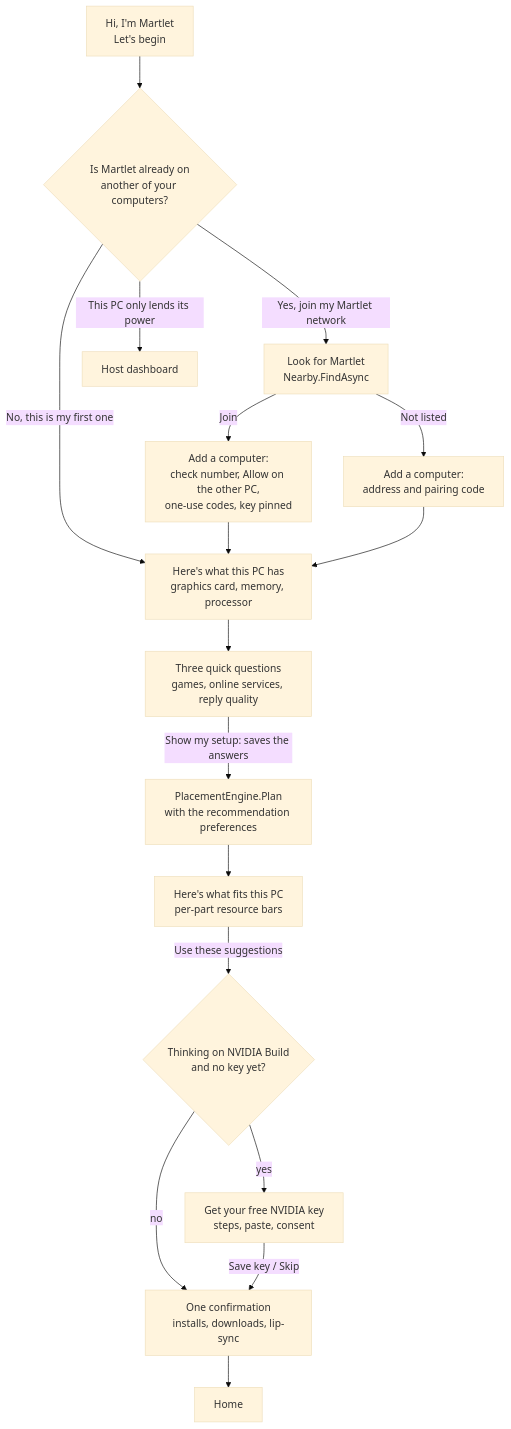
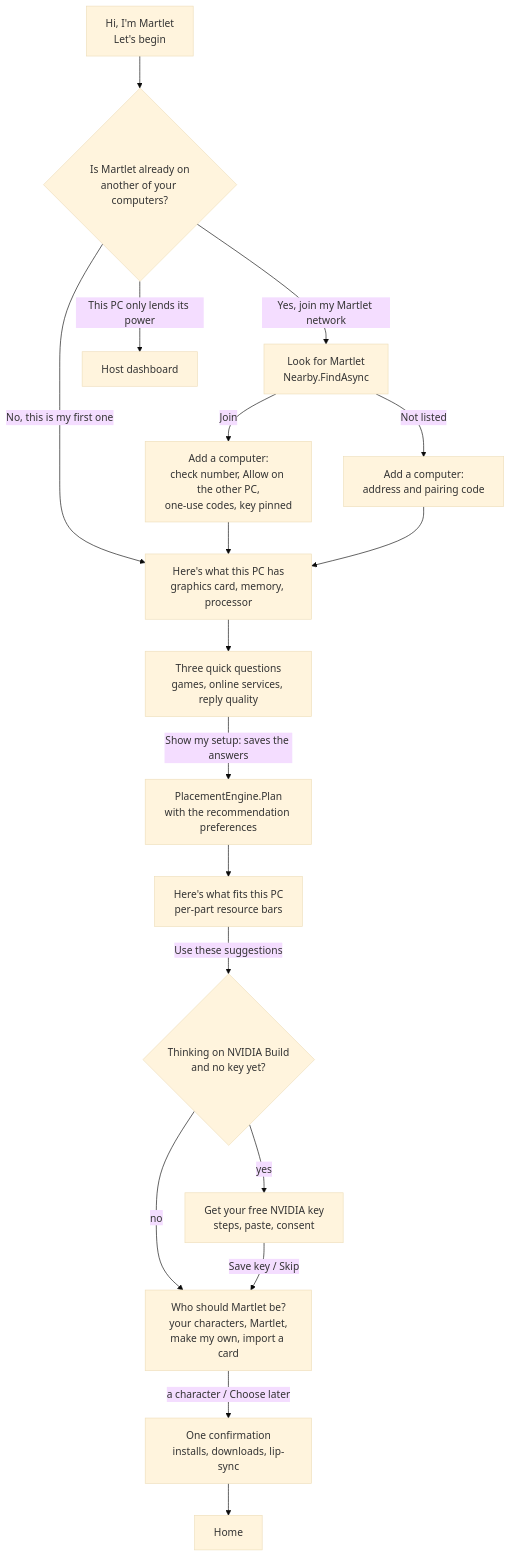
Before and after one commit to throndir2/Martlet: the second of 2 diagrams in docs/WELCOME_WIZARD.md, drawn with Mermaid (base theme). The commit also changed other lines of this file and 37 other files, not shown here.

````diff
--- a/docs/WELCOME_WIZARD.md
+++ b/docs/WELCOME_WIZARD.md
@@ -54,19 +54,20 @@
 ```mermaid
 flowchart TD
     W[Hi, I'm Martlet<br/>Let's begin] --> N{Is Martlet already on<br/>another of your computers?}
     N -->|No, this is my first one| S
     N -->|Yes, join my Martlet network| F[Look for Martlet<br/>Nearby.FindAsync]
     N -->|This PC only lends its power| H[Host dashboard]
     F -->|Join| P[Add a computer:<br/>check number, Allow on the other PC,<br/>one-use codes, key pinned]
     F -->|Not listed| M[Add a computer:<br/>address and pairing code]
     P --> S
     M --> S
     S[Here's what this PC has<br/>graphics card, memory, processor] --> Q[Three quick questions<br/>games, online services, reply quality]
     Q -->|Show my setup: saves the answers| R[PlacementEngine.Plan<br/>with the recommendation preferences]
     R --> L[Here's what fits this PC<br/>per-part resource bars]
     L -->|Use these suggestions| K{Thinking on NVIDIA Build<br/>and no key yet?}
     K -->|yes| G[Get your free NVIDIA key<br/>steps, paste, consent]
-    K -->|no| A
-    G -->|Save key / Skip| A[One confirmation<br/>installs, downloads, lip-sync]
+    K -->|no| C
+    G -->|Save key / Skip| C[Who should Martlet be?<br/>your characters, Martlet,<br/>make my own, import a card]
+    C -->|a character / Choose later| A[One confirmation<br/>installs, downloads, lip-sync]
     A --> Home
 ```
````
